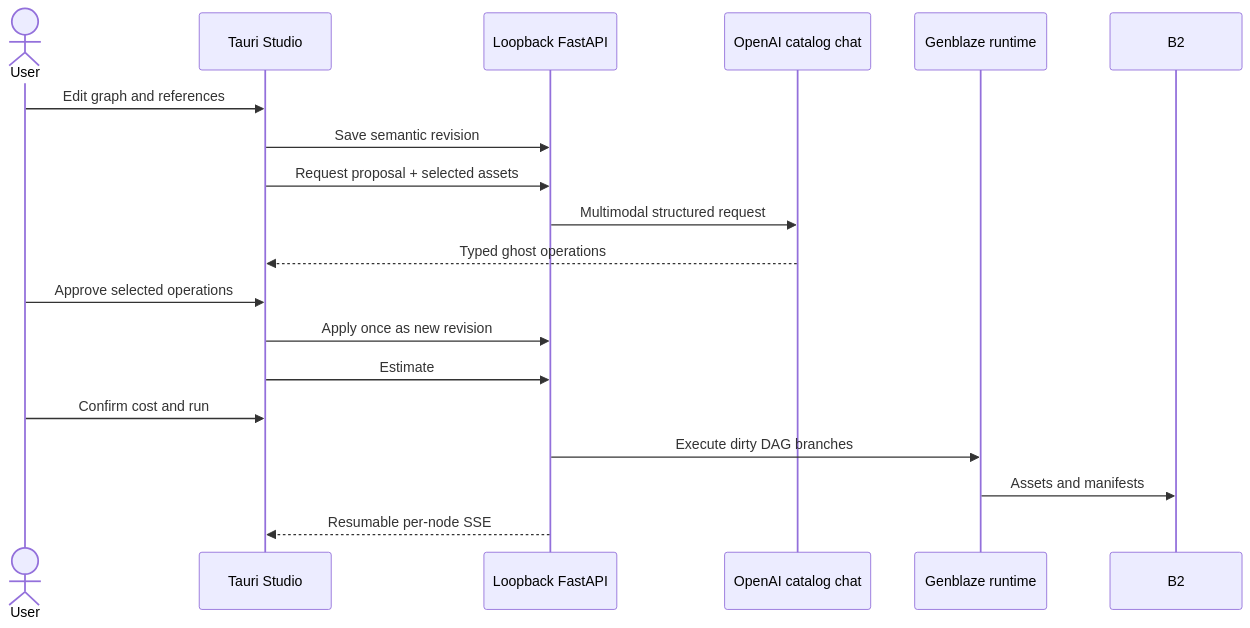
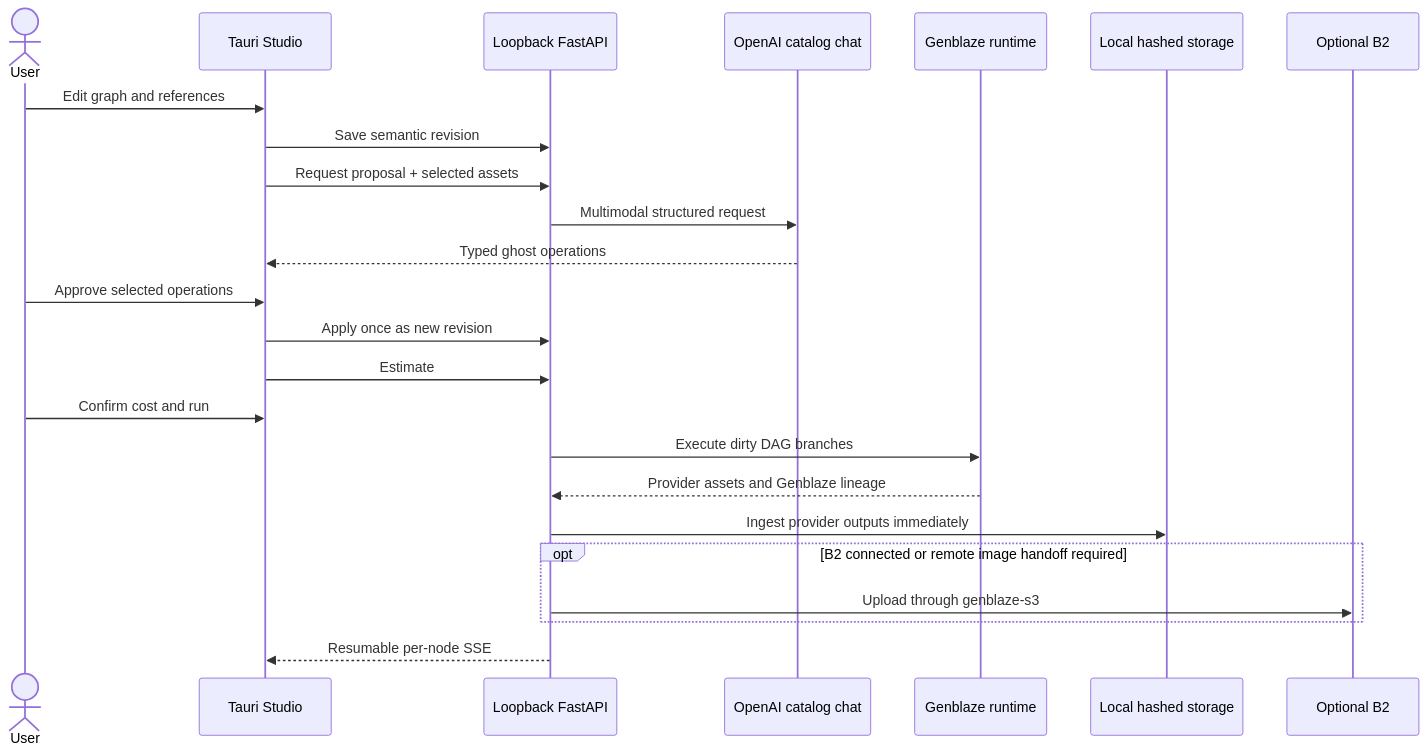
The diagram in docs/app-workflows.md (malawadd/thikra-hack), drawn with Mermaid before and after one commit. The commit also changed 49 other files, not shown here.

````diff
--- a/docs/app-workflows.md
+++ b/docs/app-workflows.md
@@ -9,21 +9,26 @@
 ```mermaid
 sequenceDiagram
     actor User
     participant Desktop as Tauri Studio
     participant API as Loopback FastAPI
     participant Agent as OpenAI catalog chat
     participant Runtime as Genblaze runtime
-    participant B2
+    participant Local as Local hashed storage
+    participant B2 as Optional B2
     User->>Desktop: Edit graph and references
     Desktop->>API: Save semantic revision
     Desktop->>API: Request proposal + selected assets
     API->>Agent: Multimodal structured request
     Agent-->>Desktop: Typed ghost operations
     User->>Desktop: Approve selected operations
     Desktop->>API: Apply once as new revision
     Desktop->>API: Estimate
     User->>Desktop: Confirm cost and run
     API->>Runtime: Execute dirty DAG branches
-    Runtime->>B2: Assets and manifests
+    Runtime-->>API: Provider assets and Genblaze lineage
+    API->>Local: Ingest provider outputs immediately
+    opt B2 connected or remote image handoff required
+        API->>B2: Upload through genblaze-s3
+    end
     API-->>Desktop: Resumable per-node SSE
 ```
````
